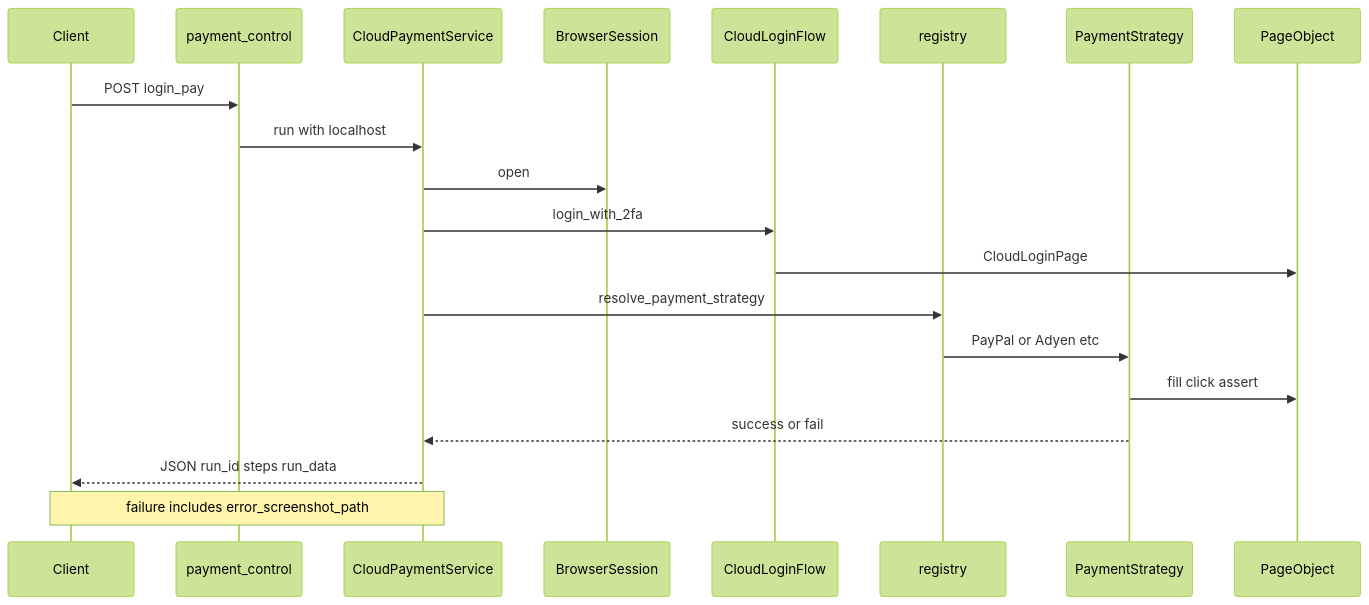
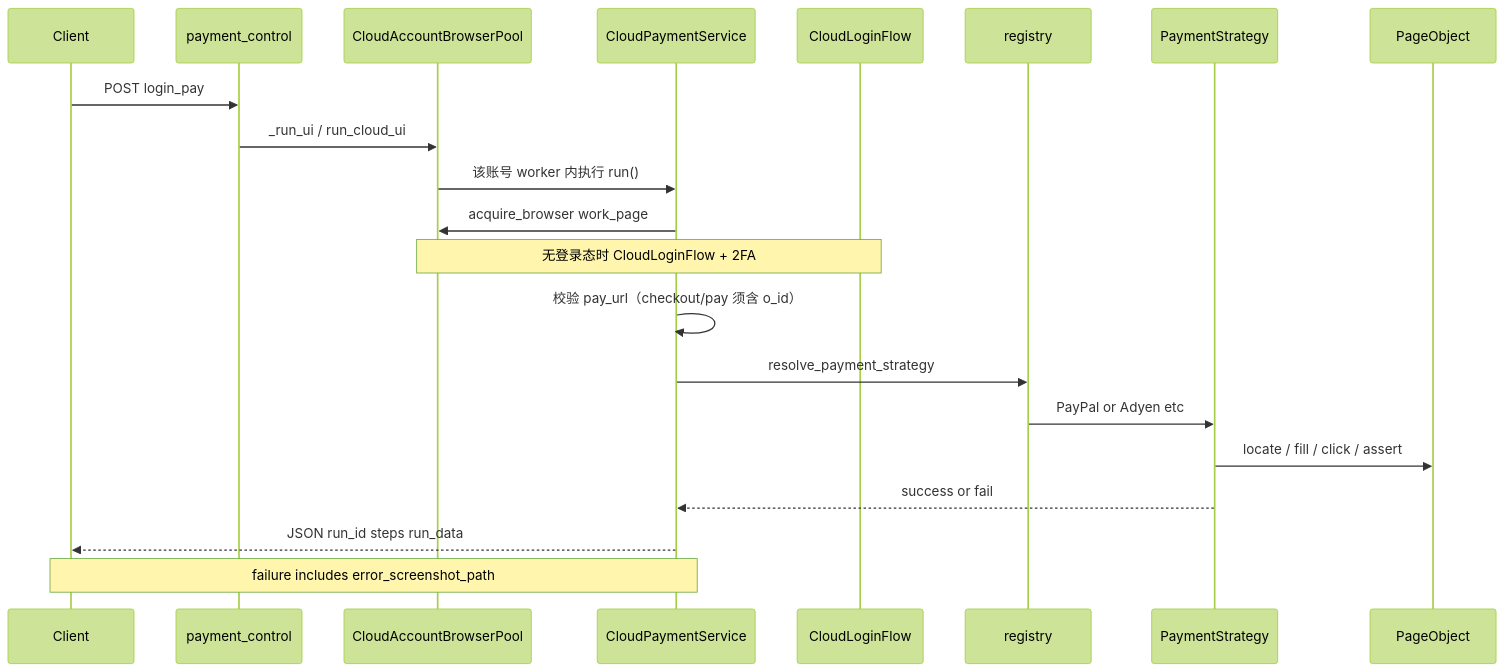
Before and after one commit to zengbinliu/web_test: the second of 4 diagrams in ui_auto_test/Readme.md, drawn with Mermaid (forest theme). The commit also changed other lines of this file, not shown here.

````diff
--- a/ui_auto_test/Readme.md
+++ b/ui_auto_test/Readme.md
@@ -203,23 +228,24 @@
 ```mermaid
 sequenceDiagram
     participant Client
     participant Control as payment_control
+    participant Pool as CloudAccountBrowserPool
     participant Svc as CloudPaymentService
-    participant Session as BrowserSession
     participant Login as CloudLoginFlow
     participant Reg as registry
     participant Strat as PaymentStrategy
     participant PO as PageObject
 
     Client->>Control: POST login_pay
-    Control->>Svc: run with localhost
-    Svc->>Session: open
-    Svc->>Login: login_with_2fa
-    Login->>PO: CloudLoginPage
+    Control->>Pool: _run_ui / run_cloud_ui
+    Pool->>Svc: 该账号 worker 内执行 run()
+    Svc->>Pool: acquire_browser work_page
+    Note over Pool,Login: 无登录态时 CloudLoginFlow + 2FA
+    Svc->>Svc: 校验 pay_url（checkout/pay 须含 o_id）
     Svc->>Reg: resolve_payment_strategy
     Reg->>Strat: PayPal or Adyen etc
-    Strat->>PO: fill click assert
+    Strat->>PO: locate / fill / click / assert
     Strat-->>Svc: success or fail
     Svc-->>Client: JSON run_id steps run_data
     Note over Svc,Client: failure includes error_screenshot_path
 ```
````
